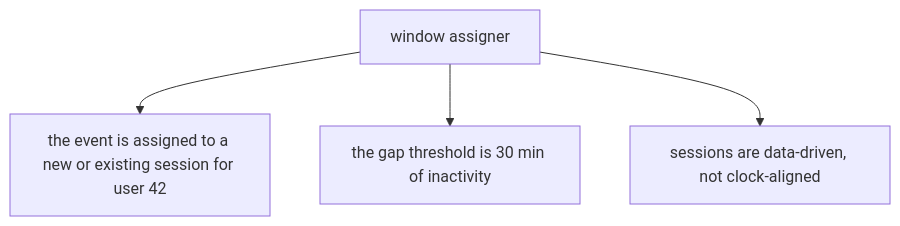
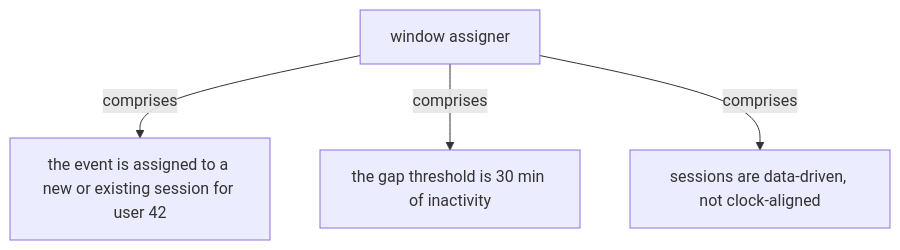
One commit to vinayakuber/streaming-systems-study-guide changed the fifth of 19 diagrams in docs/ch04-advanced-windowing.md. Above: the diagram before and after it, drawn with Mermaid. The commit also changed other lines of this file and 22 other files, not shown here.

First line of the commit message:
R18: label every diagram arrow with its meaning

````diff
--- a/docs/ch04-advanced-windowing.md
+++ b/docs/ch04-advanced-windowing.md
@@ -156,7 +156,7 @@
 ```mermaid
 flowchart TD
   R["window assigner"]
-  R --> P0["the event is assigned to a new or existing session for user 42"]
-  R --> P1["the gap threshold is 30 min of inactivity"]
-  R --> P2["sessions are data-driven, not clock-aligned"]
+  R -->|"comprises"| P0["the event is assigned to a new or existing session for user 42"]
+  R -->|"comprises"| P1["the gap threshold is 30 min of inactivity"]
+  R -->|"comprises"| P2["sessions are data-driven, not clock-aligned"]
 ```
````
